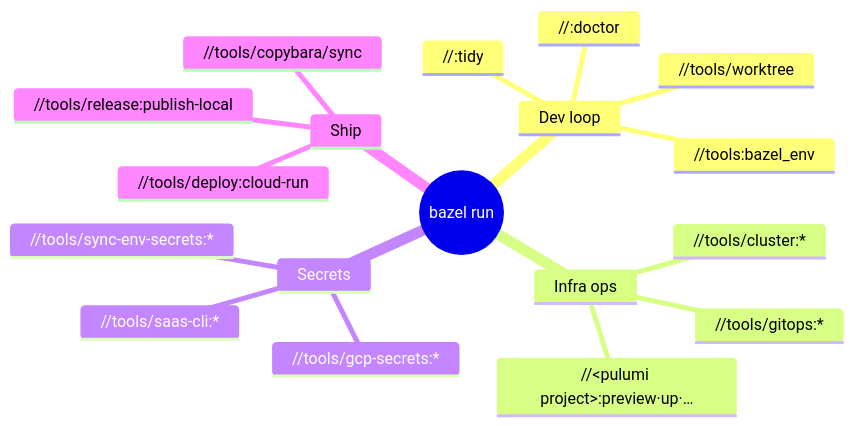
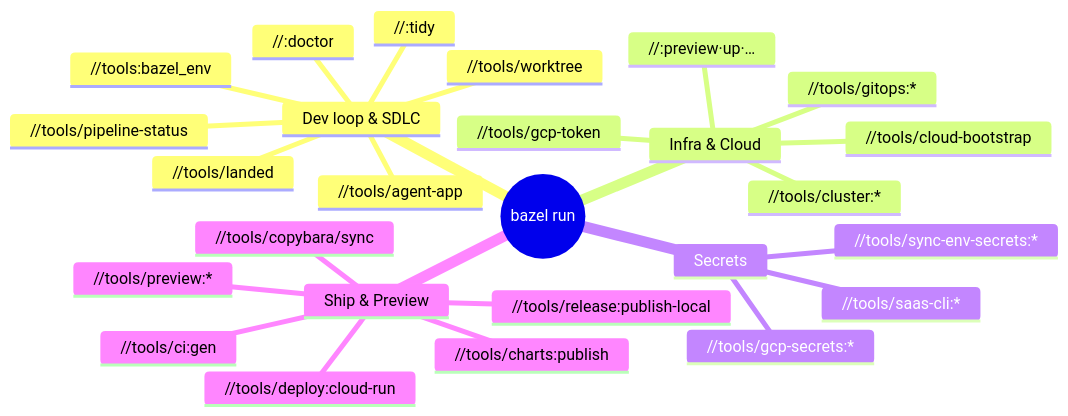
The diagram in docs/reference/bazel-targets.md (VitruvianSoftware/vitruvian-core), drawn with Mermaid before and after one commit. The commit also changed other lines of this file, not shown here.

Commit message:
docs(reference): update bazel targets and tools catalog to current graph

````diff
--- a/docs/reference/bazel-targets.md
+++ b/docs/reference/bazel-targets.md
@@ -11,21 +11,29 @@
 ```mermaid
 mindmap
   root((bazel run))
-    Dev loop
+    Dev loop & SDLC
       //:doctor
       //tools/worktree
+      //tools/agent-app
+      //tools/landed
+      //tools/pipeline-status
       //:tidy
       //tools:bazel_env
-    Infra ops
-      //&lt;pulumi project&gt;:preview·up·…
+    Infra & Cloud
+      //<pulumi project>:preview·up·…
+      //tools/gcp-token
+      //tools/cloud-bootstrap
       //tools/gitops:*
       //tools/cluster:*
     Secrets
       //tools/gcp-secrets:*
       //tools/sync-env-secrets:*
       //tools/saas-cli:*
-    Ship
+    Ship & Preview
+      //tools/ci:gen
       //tools/deploy:cloud-run
+      //tools/preview:*
+      //tools/charts:publish
       //tools/release:publish-local
       //tools/copybara/sync
 ```
````
